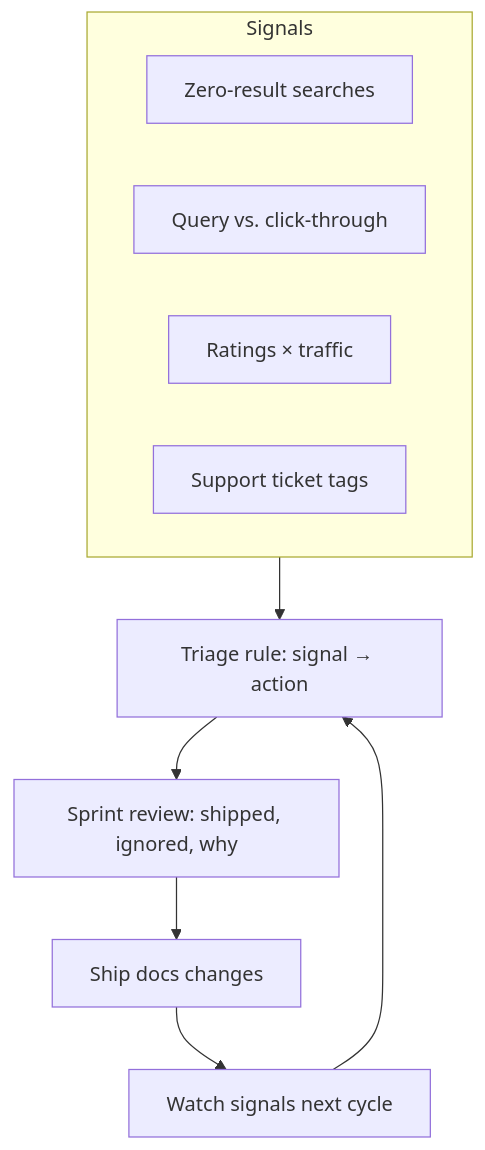
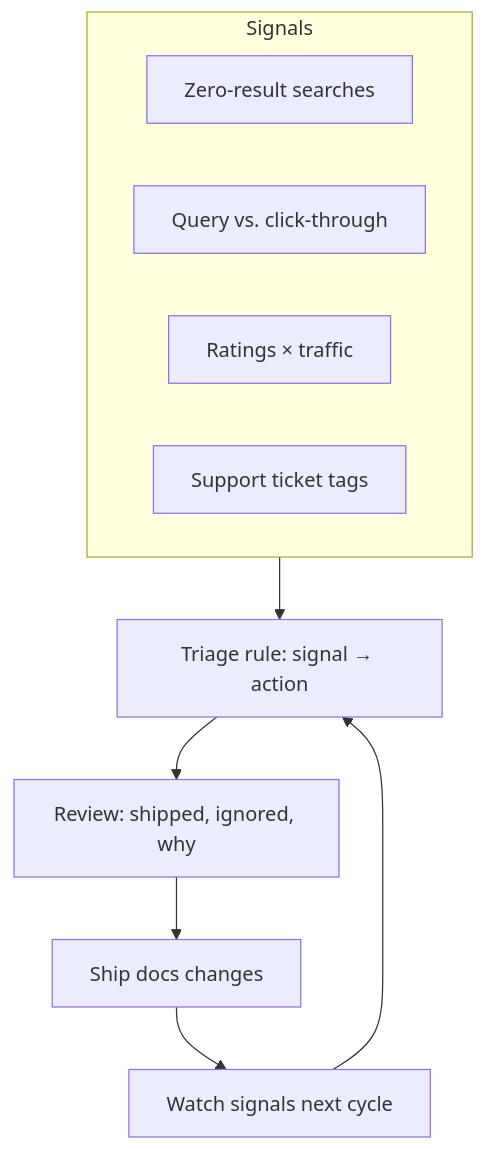
Before and after one commit to radimkocourek94/radimkocourek94.github.io: the diagram in docs/case-studies/docs-analytics.mdx, drawn with Mermaid. The commit also changed other lines of this file, not shown here.

Commit message:
Update documentation terminology and review cadence for clarity

````diff
--- a/docs/case-studies/docs-analytics.mdx
+++ b/docs/case-studies/docs-analytics.mdx
@@ -38,14 +38,14 @@
 ```mermaid
 flowchart TD
     subgraph signals[Signals]
         S1[Zero-result searches]
         S2[Query vs. click-through]
         S3[Ratings × traffic]
         S4[Support ticket tags]
     end
     signals --> T[Triage rule: signal → action]
-    T --> R[Sprint review: shipped, ignored, why]
+    T --> R[Review: shipped, ignored, why]
     R --> C[Ship docs changes]
     C --> M[Watch signals next cycle]
     M --> T
 ```
````
